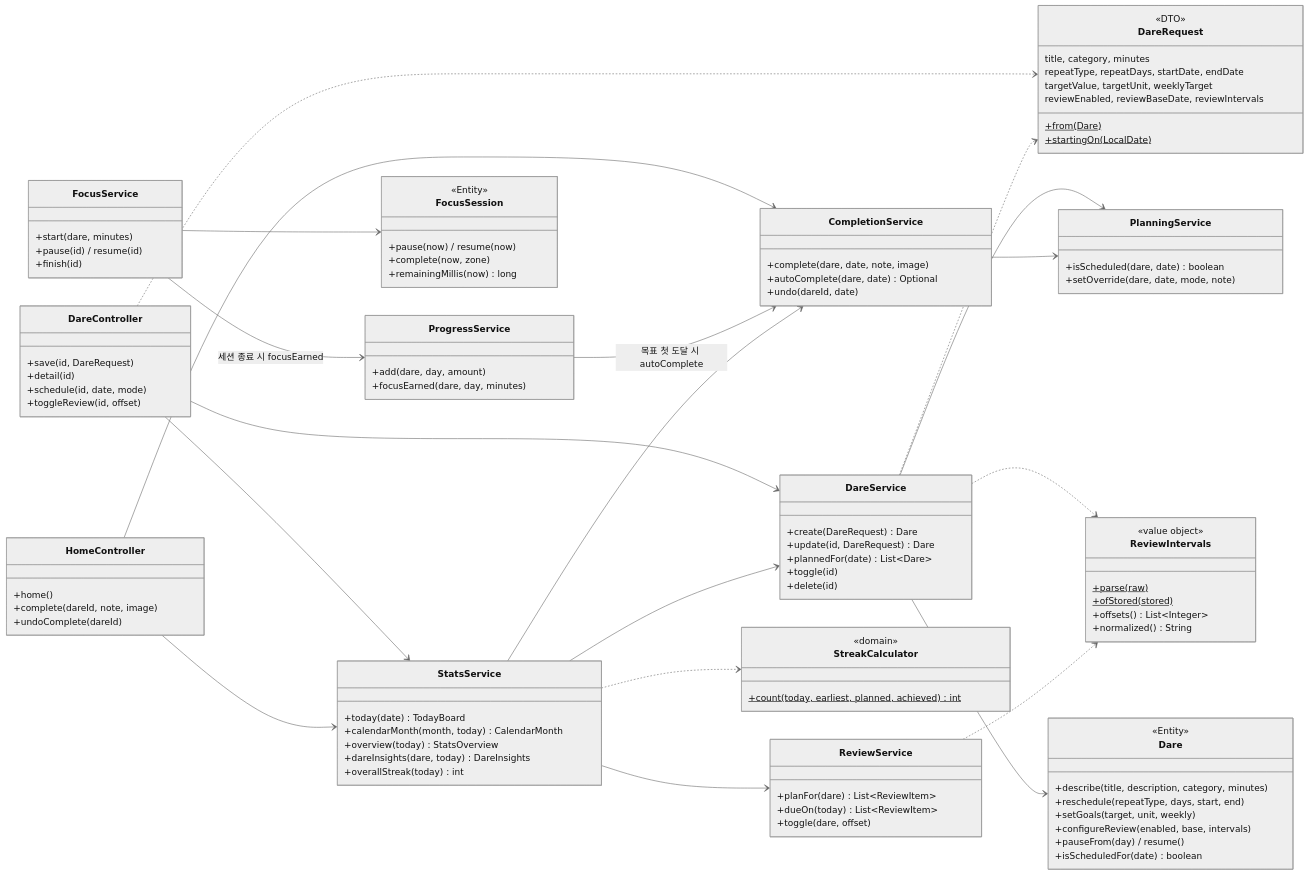
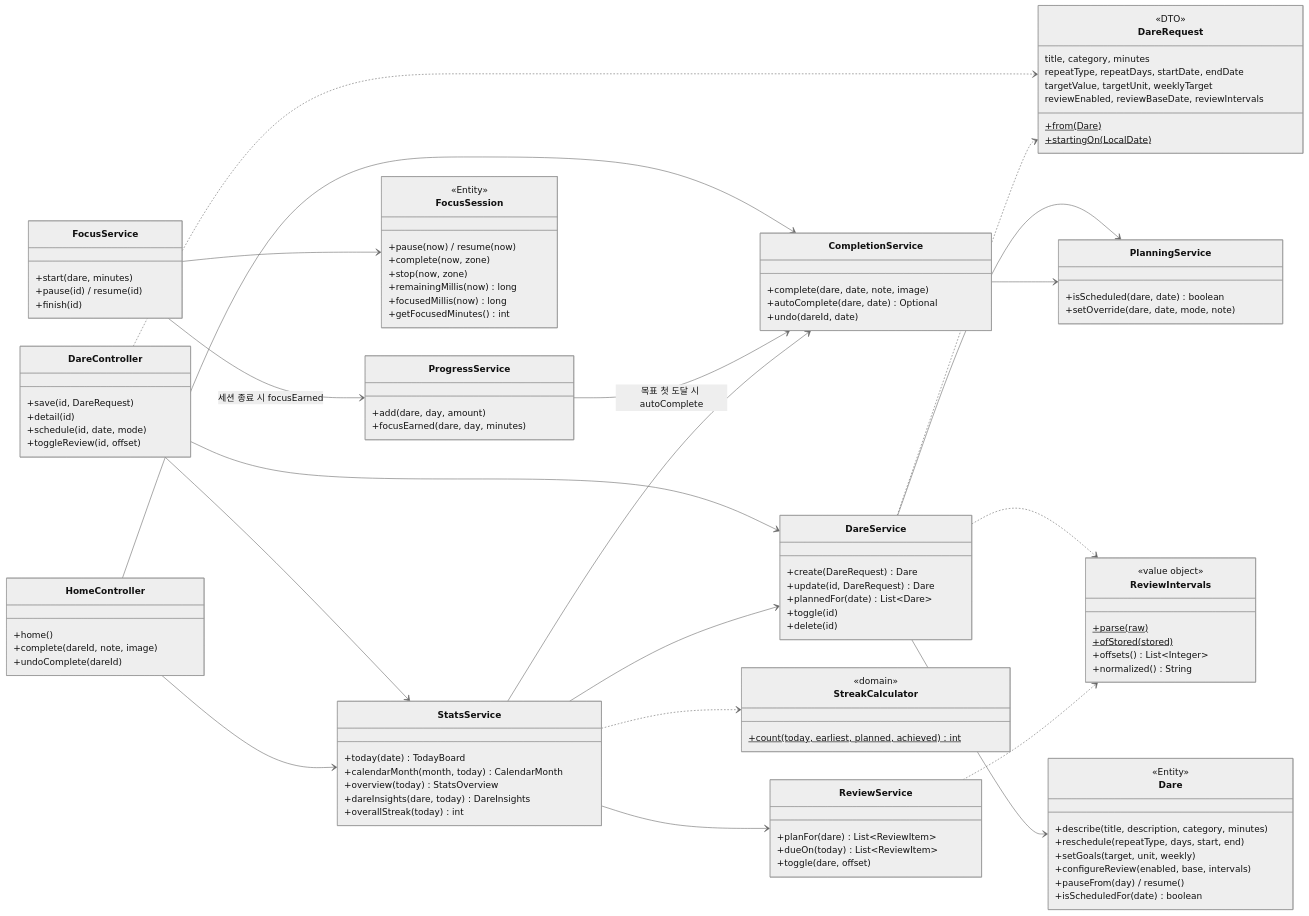
Before and after one commit to xmogux/DaySpark: the second of 6 diagrams in docs/architecture.md, drawn with Mermaid (neutral theme). The commit also changed other lines of this file and 6 other files, not shown here.

```diff
--- a/docs/architecture.md
+++ b/docs/architecture.md
@@ -127,7 +127,10 @@
         <<Entity>>
         +pause(now) / resume(now)
         +complete(now, zone)
+        +stop(now, zone)
         +remainingMillis(now) long
+        +focusedMillis(now) long
+        +getFocusedMinutes() int
     }
     class StreakCalculator {
         <<domain>>
```
